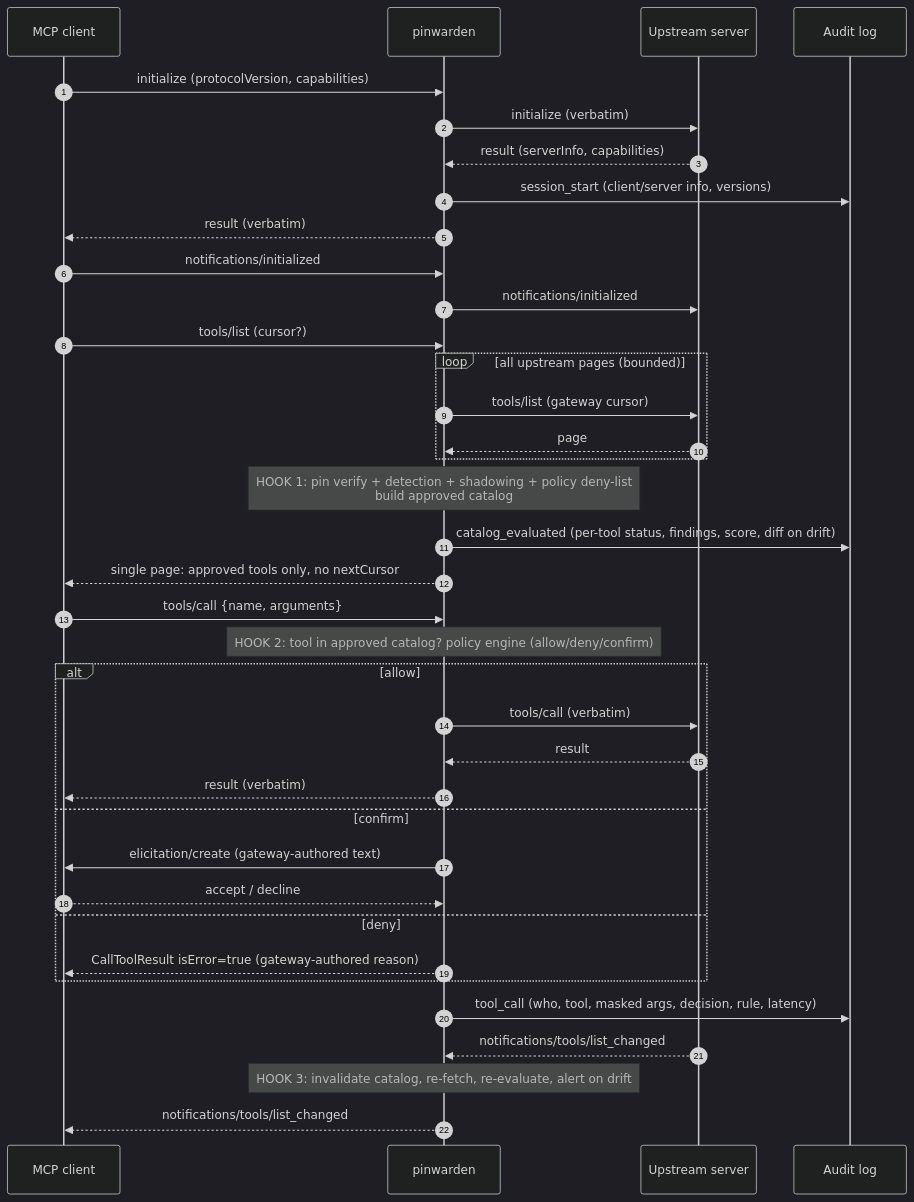
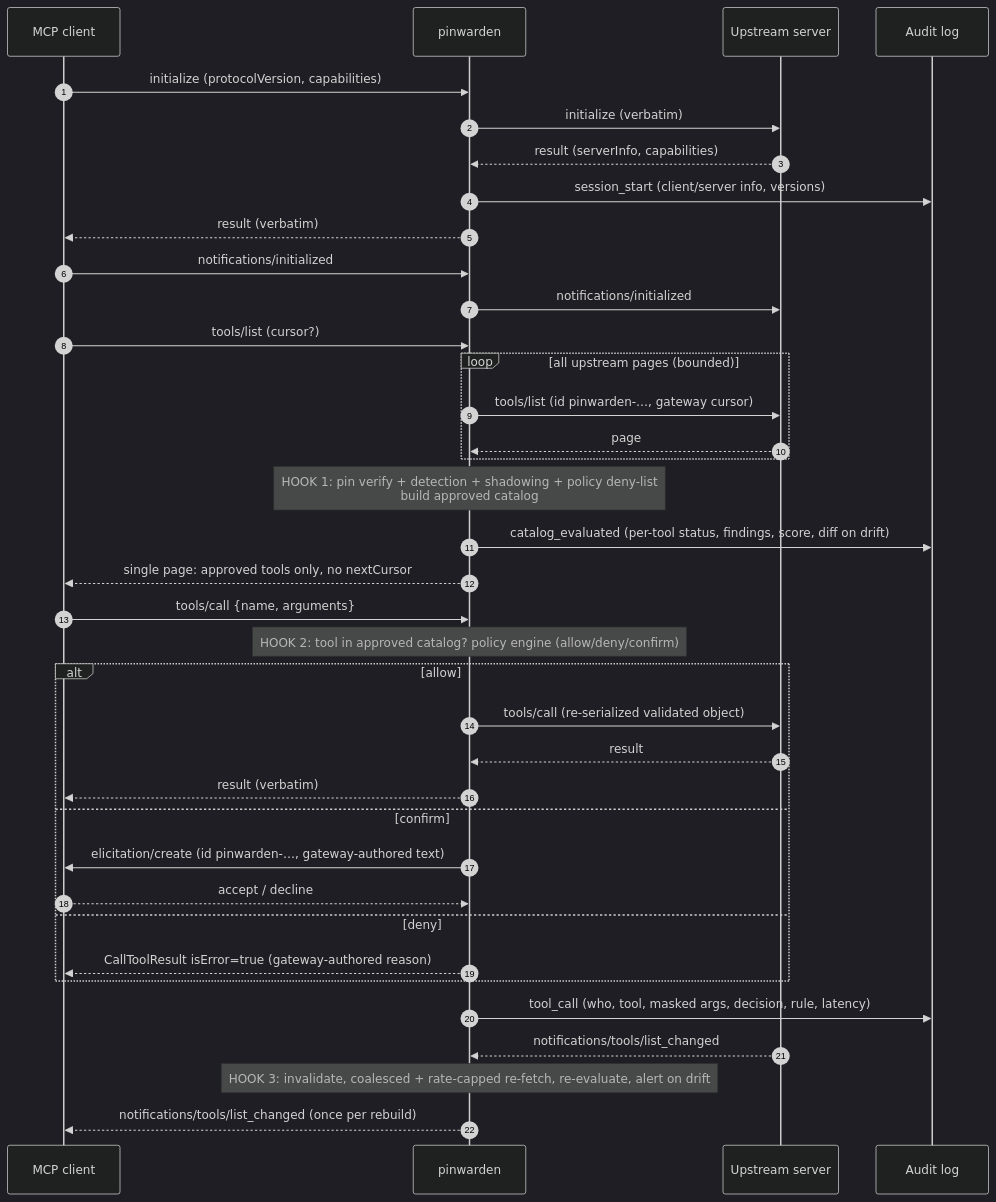
Before and after one commit to TheSIG-king/pinwarden: the diagram in docs/ARCHITECTURE.md, drawn with Mermaid (dark theme). The commit also changed other lines of this file and 5 other files, not shown here.

First line of the commit message:
docs: fold design review findings into architecture and threat model

````diff
--- a/docs/ARCHITECTURE.md
+++ b/docs/ARCHITECTURE.md
@@ -74,43 +74,43 @@
 ```mermaid
 sequenceDiagram
     autonumber
     participant C as MCP client
     participant G as pinwarden
     participant S as Upstream server
     participant A as Audit log
 
     C->>G: initialize (protocolVersion, capabilities)
     G->>S: initialize (verbatim)
     S-->>G: result (serverInfo, capabilities)
     G->>A: session_start (client/server info, versions)
     G-->>C: result (verbatim)
     C->>G: notifications/initialized
     G->>S: notifications/initialized
 
     C->>G: tools/list (cursor?)
     loop all upstream pages (bounded)
-        G->>S: tools/list (gateway cursor)
+        G->>S: tools/list (id pinwarden-…, gateway cursor)
         S-->>G: page
     end
     Note over G: HOOK 1: pin verify + detection + shadowing + policy deny-list<br/>build approved catalog
     G->>A: catalog_evaluated (per-tool status, findings, score, diff on drift)
     G-->>C: single page: approved tools only, no nextCursor
 
     C->>G: tools/call {name, arguments}
     Note over G: HOOK 2: tool in approved catalog? policy engine (allow/deny/confirm)
     alt allow
-        G->>S: tools/call (verbatim)
+        G->>S: tools/call (re-serialized validated object)
         S-->>G: result
         G-->>C: result (verbatim)
     else confirm
-        G->>C: elicitation/create (gateway-authored text)
+        G->>C: elicitation/create (id pinwarden-…, gateway-authored text)
         C-->>G: accept / decline
     else deny
         G-->>C: CallToolResult isError=true (gateway-authored reason)
     end
     G->>A: tool_call (who, tool, masked args, decision, rule, latency)
 
     S-->>G: notifications/tools/list_changed
-    Note over G: HOOK 3: invalidate catalog, re-fetch, re-evaluate, alert on drift
-    G-->>C: notifications/tools/list_changed
+    Note over G: HOOK 3: invalidate, coalesced + rate-capped re-fetch, re-evaluate, alert on drift
+    G-->>C: notifications/tools/list_changed (once per rebuild)
 ```
````
